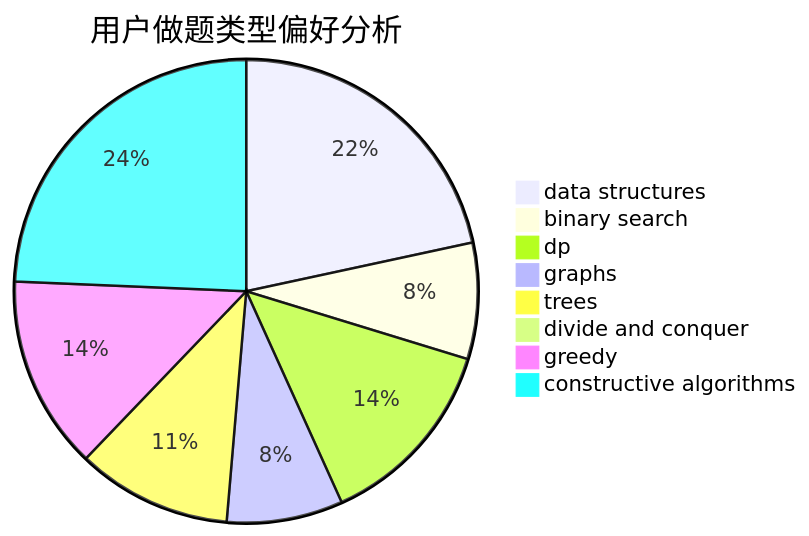
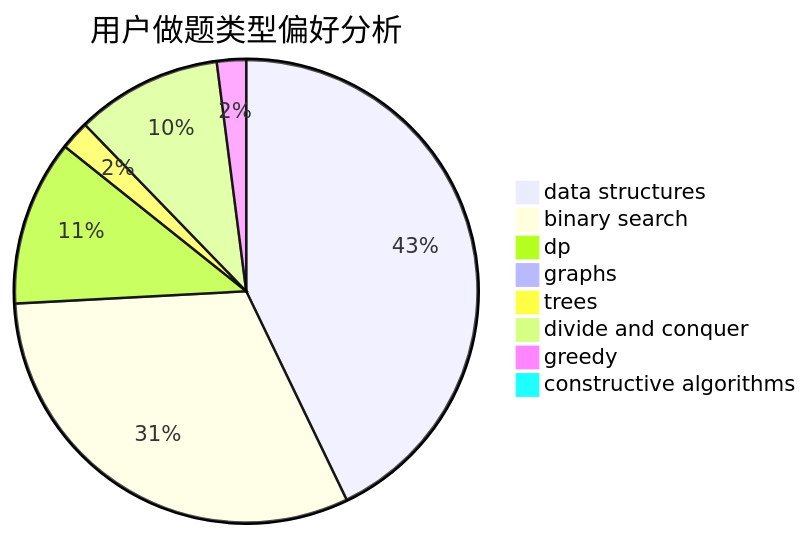
Before and after one commit to sherpahu/cfrs.github.io: the second of 3 diagrams in docs/user/u1450.md, drawn with Mermaid. The commit also changed other lines of this file and 2770 other files, not shown here.

````diff
--- a/docs/user/u1450.md
+++ b/docs/user/u1450.md
@@ -23,11 +23,11 @@
 ```mermaid
 pie title 用户做题类型偏好分析
-    "data structures" :  8
-    "binary search" :  3
-    "dp" :  5
-    "graphs" :  3
-    "trees" :  4
-    "divide and conquer" :  0
-    "greedy" :  5
-    "constructive algorithms" :  9
+    "data structures" :  63
+    "binary search" :  46
+    "dp" :  17
+    "graphs" :  1
+    "trees" :  3
+    "divide and conquer" :  15
+    "greedy" :  3
+    "constructive algorithms" :  0
 ```
````
